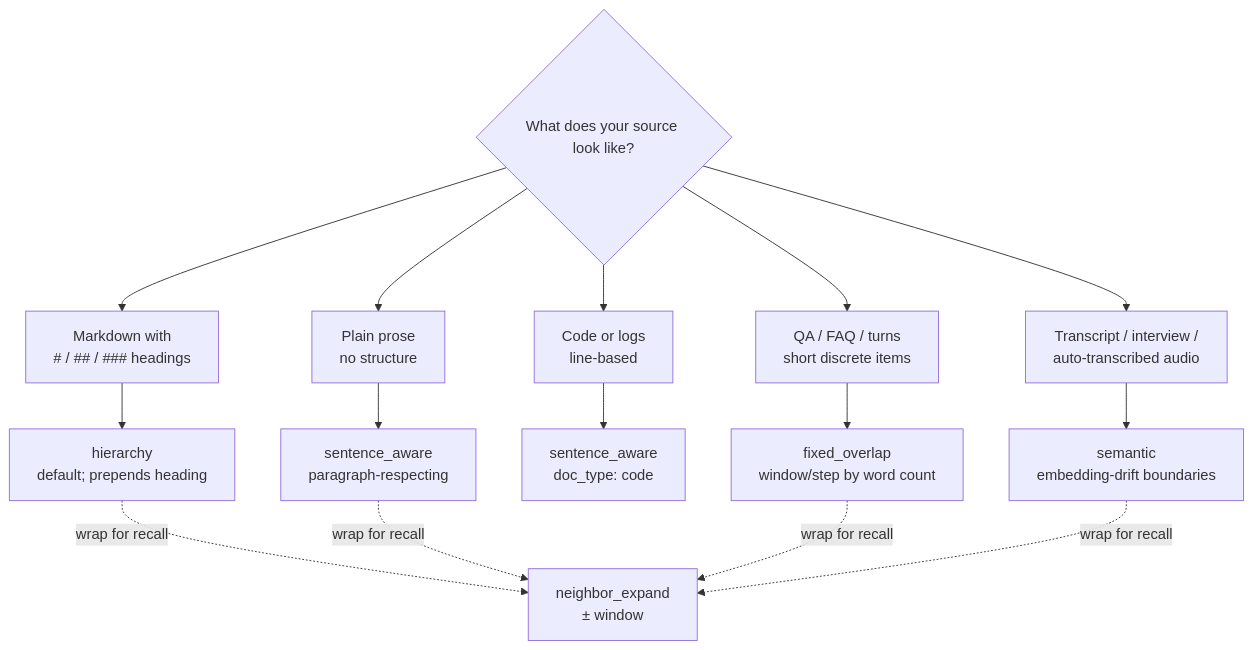
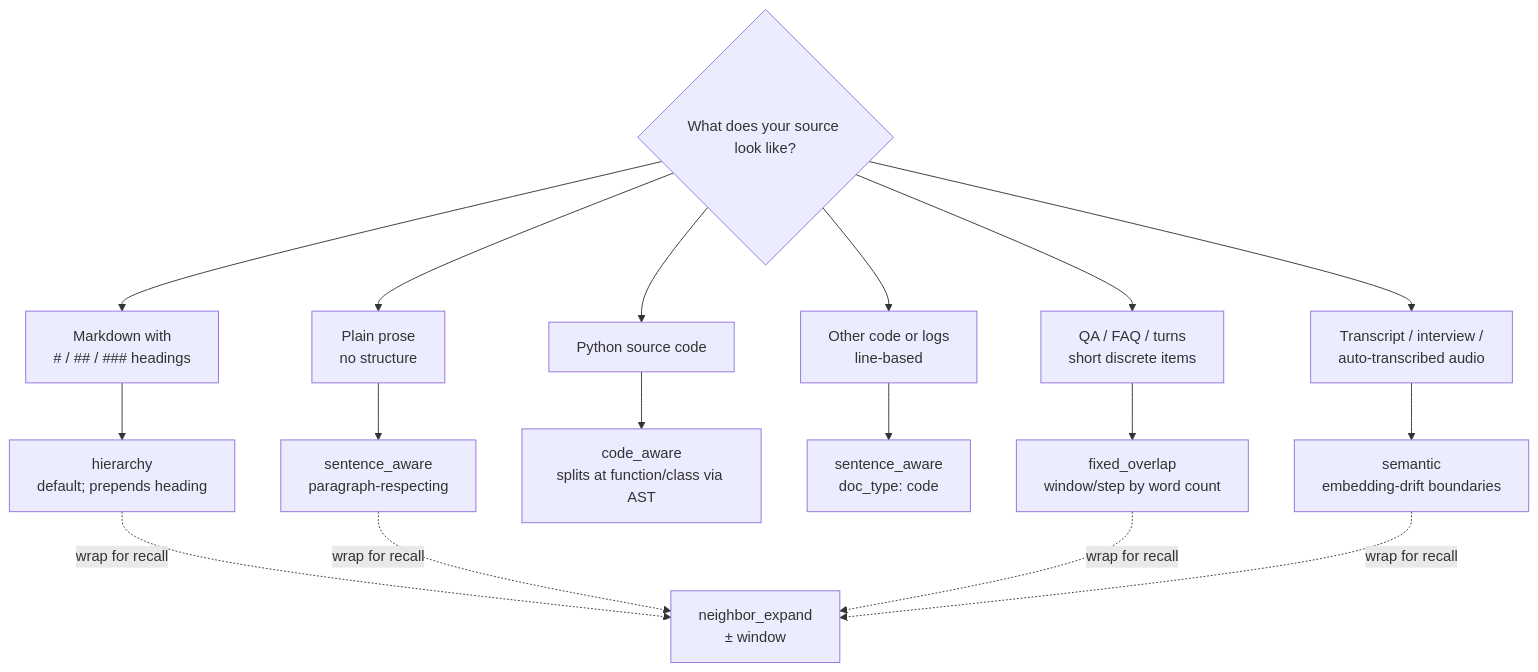
One commit to yonk-labs/chunkshop changed the diagram in docs/chunkers.md. Above: the diagram before and after it, drawn with Mermaid. The commit also changed other lines of this file and 2 other files, not shown here.

First line of the commit message:
docs(chunkers): document code_aware chunker + example chunk_python_code.py

````diff
--- a/docs/chunkers.md
+++ b/docs/chunkers.md
@@ -61,18 +62,20 @@
 ```mermaid
 flowchart TB
     Q{What does your source look like?}
     Q --> HAS_HEADINGS[Markdown with<br/># / ## / ### headings]
     Q --> PROSE[Plain prose<br/>no structure]
-    Q --> CODE[Code or logs<br/>line-based]
+    Q --> CODE_PY[Python source code]
+    Q --> CODE[Other code or logs<br/>line-based]
     Q --> QA[QA / FAQ / turns<br/>short discrete items]
     Q --> UNSTRUCTURED[Transcript / interview /<br/>auto-transcribed audio]
     HAS_HEADINGS --> H[hierarchy<br/>default; prepends heading]
     PROSE --> SA[sentence_aware<br/>paragraph-respecting]
+    CODE_PY --> CA[code_aware<br/>splits at function/class via AST]
     CODE --> SA_CODE[sentence_aware<br/>doc_type: code]
     QA --> FO[fixed_overlap<br/>window/step by word count]
     UNSTRUCTURED --> SEM[semantic<br/>embedding-drift boundaries]
     H -.wrap for recall.-> NE[neighbor_expand<br/>± window]
     SA -.wrap for recall.-> NE
     FO -.wrap for recall.-> NE
     SEM -.wrap for recall.-> NE
 ```
````
